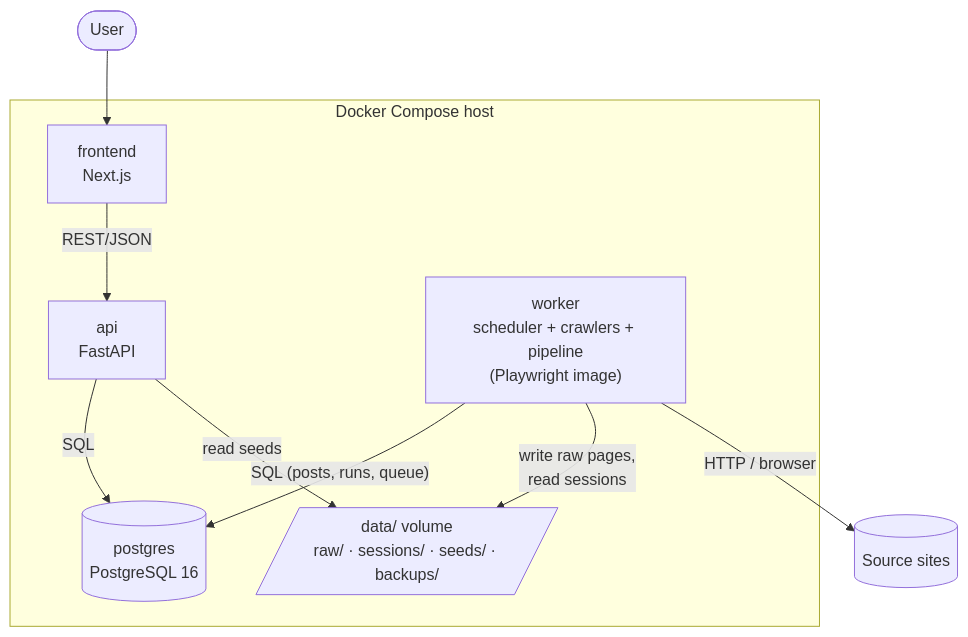
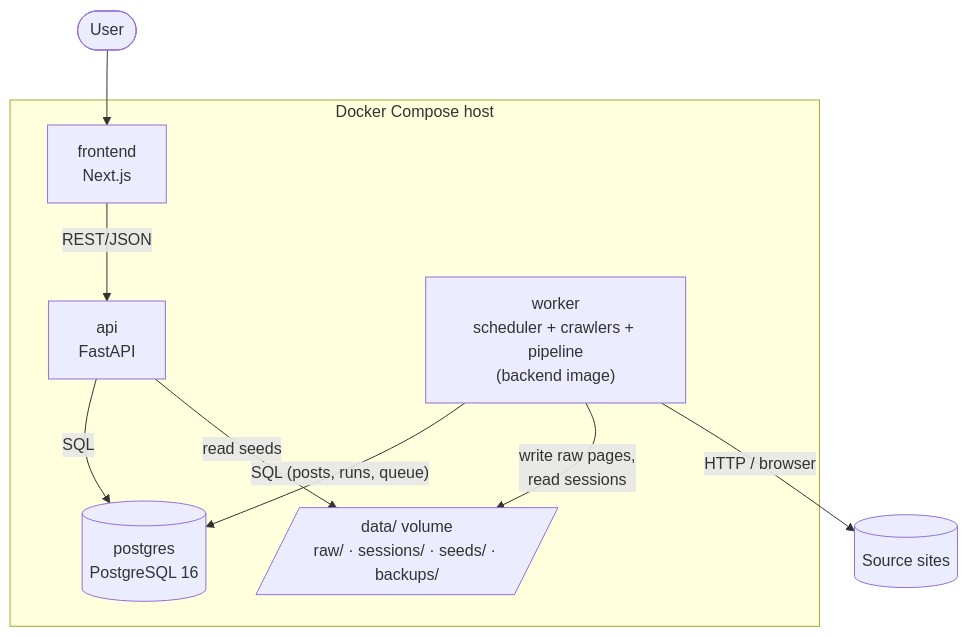
Before and after one commit to Corbin09/StreamFeed: the second of 8 diagrams in docs/ARCHITECTURE.md, drawn with Mermaid. The commit also changed other lines of this file and 17 other files, not shown here.

````diff
--- a/docs/ARCHITECTURE.md
+++ b/docs/ARCHITECTURE.md
@@ -60,17 +60,17 @@
 ```mermaid
 flowchart TB
     subgraph host["Docker Compose host"]
         fe["frontend<br/>Next.js"]
         api["api<br/>FastAPI"]
-        worker["worker<br/>scheduler + crawlers + pipeline<br/>(Playwright image)"]
+        worker["worker<br/>scheduler + crawlers + pipeline<br/>(backend image)"]
         db[("postgres<br/>PostgreSQL 16")]
         vol[/"data/ volume<br/>raw/ · sessions/ · seeds/ · backups/"/]
     end
     user([User]) --> fe
     fe -- "REST/JSON" --> api
     api -- "SQL" --> db
     worker -- "SQL (posts, runs, queue)" --> db
     worker -- "write raw pages,<br/>read sessions" --> vol
     api -- "read seeds" --> vol
     worker -- "HTTP / browser" --> ext[(Source sites)]
 ```
````
